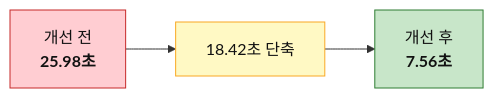
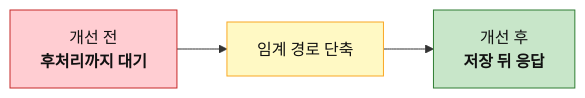
Diagram 11 of 13 in _posts/2026-06-29-ai-conversation-post-processing-pipeline.md (jiwon11/jiwon11.github.io), drawn with Mermaid before and after one commit. The commit also changed other lines of this file and 9 other files, not shown here.

```diff
--- a/_posts/2026-06-29-ai-conversation-post-processing-pipeline.md
+++ b/_posts/2026-06-29-ai-conversation-post-processing-pipeline.md
@@ -497,8 +500,8 @@
 ~~~mermaid
 flowchart LR
-    B["개선 전<br/><b>25.98초</b>"] --> D["18.42초 단축"]
-    D --> A["개선 후<br/><b>7.56초</b>"]
+    B["개선 전<br/><b>후처리까지 대기</b>"] --> D["임계 경로 단축"]
+    D --> A["개선 후<br/><b>저장 뒤 응답</b>"]
     style B fill:#ffcdd2,stroke:#c62828,color:#111
     style D fill:#fff9c4,stroke:#f9a825,color:#111
     style A fill:#c8e6c9,stroke:#2e7d32,color:#111
 ~~~
```
